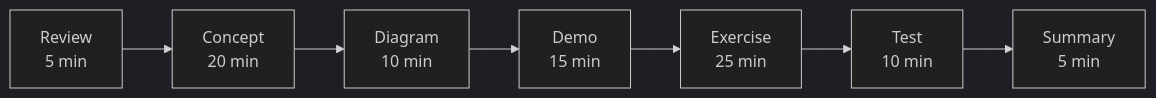
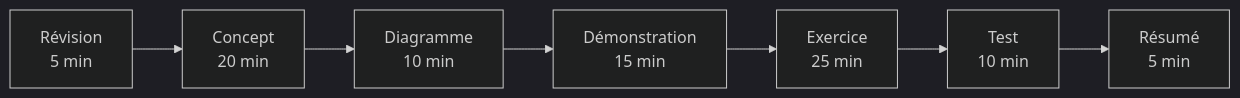
One commit to dardourimohamed/distributed-systems-course changed the second of 2 diagrams in src/introduction.md. Above: the diagram before and after it, drawn with Mermaid (dark theme). The commit also changed other lines of this file and 38 other files, not shown here.

````diff
--- a/src/introduction.md
+++ b/src/introduction.md
@@ -91,9 +91,9 @@
 ```mermaid
 graph LR
-    A[Review<br/>5 min] --> B[Concept<br/>20 min]
-    B --> C[Diagram<br/>10 min]
-    C --> D[Demo<br/>15 min]
-    D --> E[Exercise<br/>25 min]
+    A[Révision<br/>5 min] --> B[Concept<br/>20 min]
+    B --> C[Diagramme<br/>10 min]
+    C --> D[Démonstration<br/>15 min]
+    D --> E[Exercice<br/>25 min]
     E --> F[Test<br/>10 min]
-    F --> G[Summary<br/>5 min]
+    F --> G[Résumé<br/>5 min]
 ```
````
